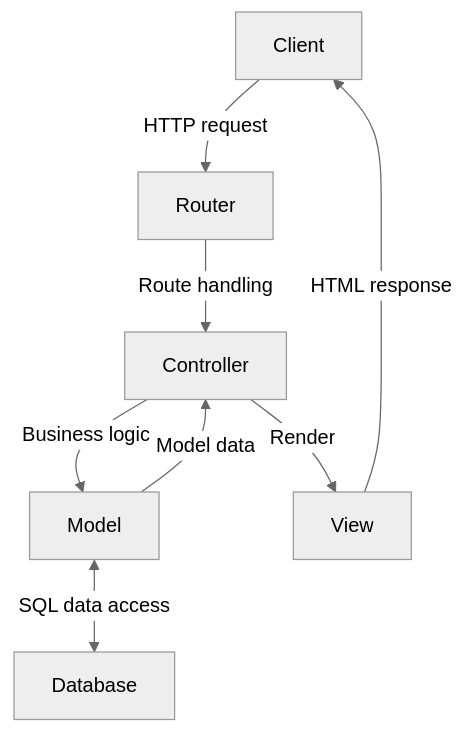
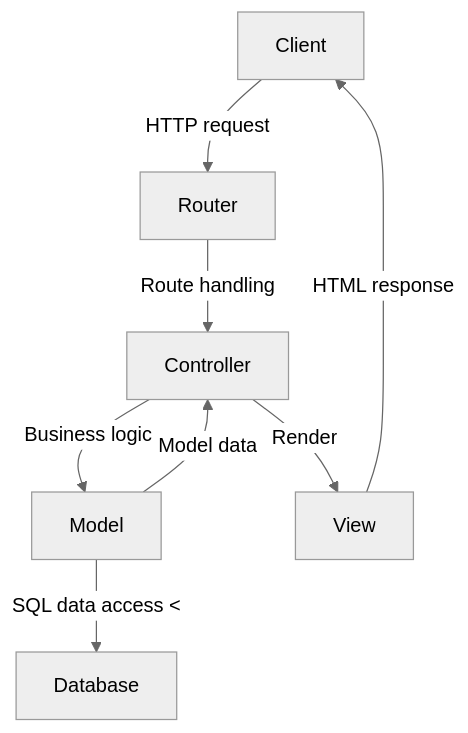
The first of 2 diagrams in Week4/03-routing.md (ilkkamtk/WSK), drawn with Mermaid (neutral theme) before and after one commit. The commit also changed other lines of this file and 1 other file, not shown here.

````diff
--- a/Week4/03-routing.md
+++ b/Week4/03-routing.md
@@ -24,17 +39,16 @@
 ```mermaid
 graph TD
     client[Client]
     router[Router]
     controller[Controller]
     model[Model]
     view[View]
     database[Database]
-
     client -- HTTP request --> router
     router -- Route handling --> controller
     controller -- Business logic --> model
-    model -- SQL data access <--> database
+    model -- SQL data access < --> database
     model -- Model data --> controller
     controller -- Render --> view
     view -- HTML response --> client
 ```
````
